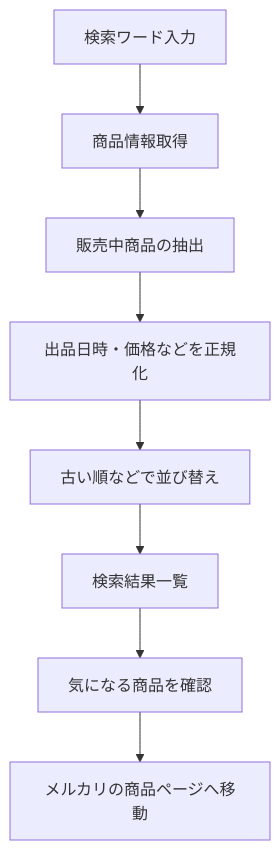
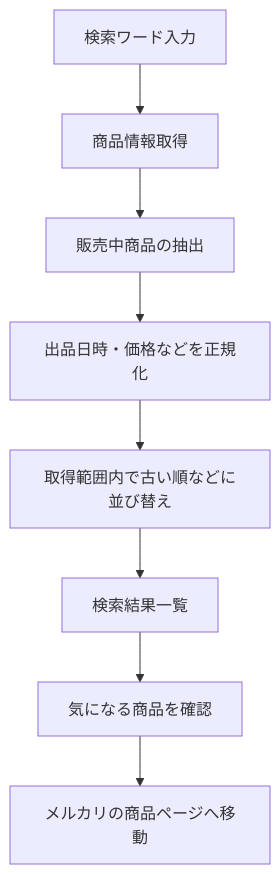
Before and after one commit to mgmaru/card-digger: the second of 7 diagrams in docs/concept.md, drawn with Mermaid. The commit also changed other lines of this file and 4 other files, not shown here.

````diff
--- a/docs/concept.md
+++ b/docs/concept.md
@@ -113,10 +113,10 @@
 ```mermaid
 flowchart TD
     A[検索ワード入力] --> B[商品情報取得]
     B --> C[販売中商品の抽出]
     C --> D[出品日時・価格などを正規化]
-    D --> E[古い順などで並び替え]
+    D --> E[取得範囲内で古い順などに並び替え]
     E --> F[検索結果一覧]
     F --> G[気になる商品を確認]
     G --> H[メルカリの商品ページへ移動]
 ```
````
